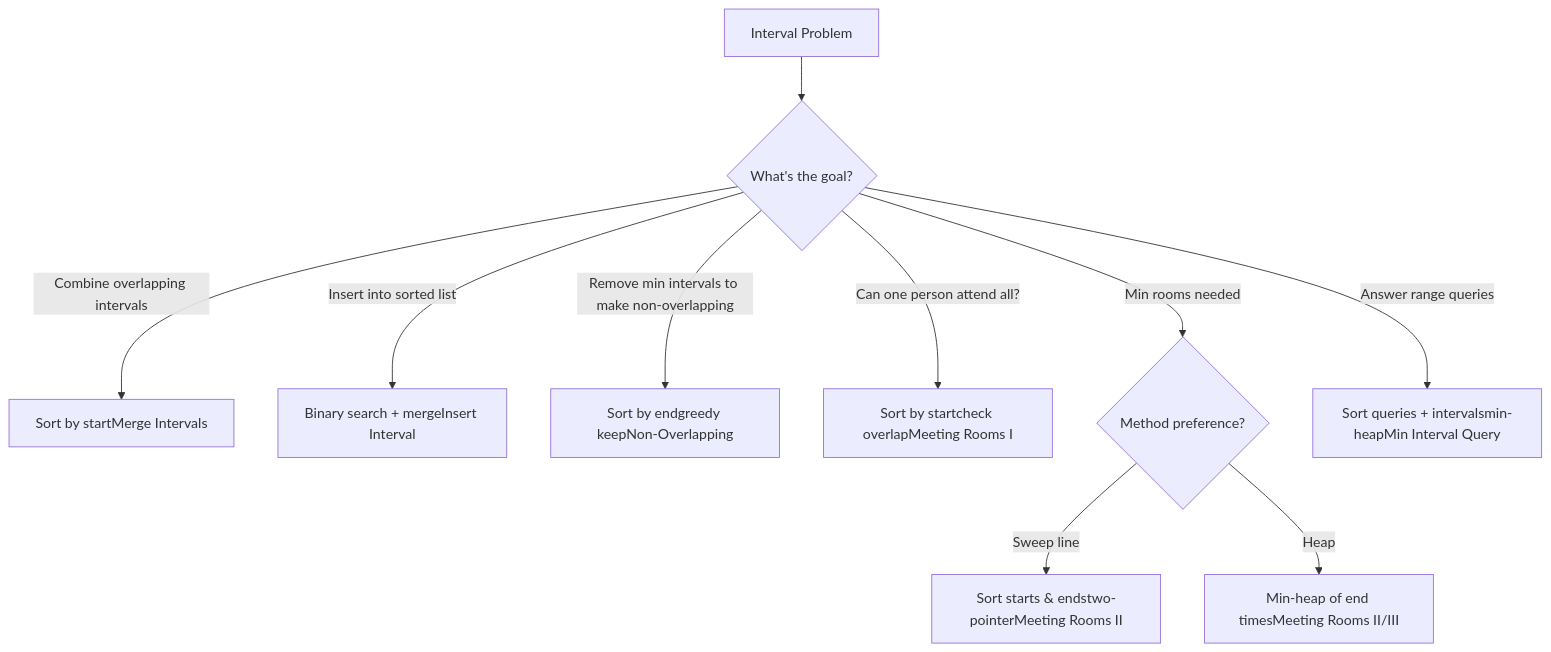
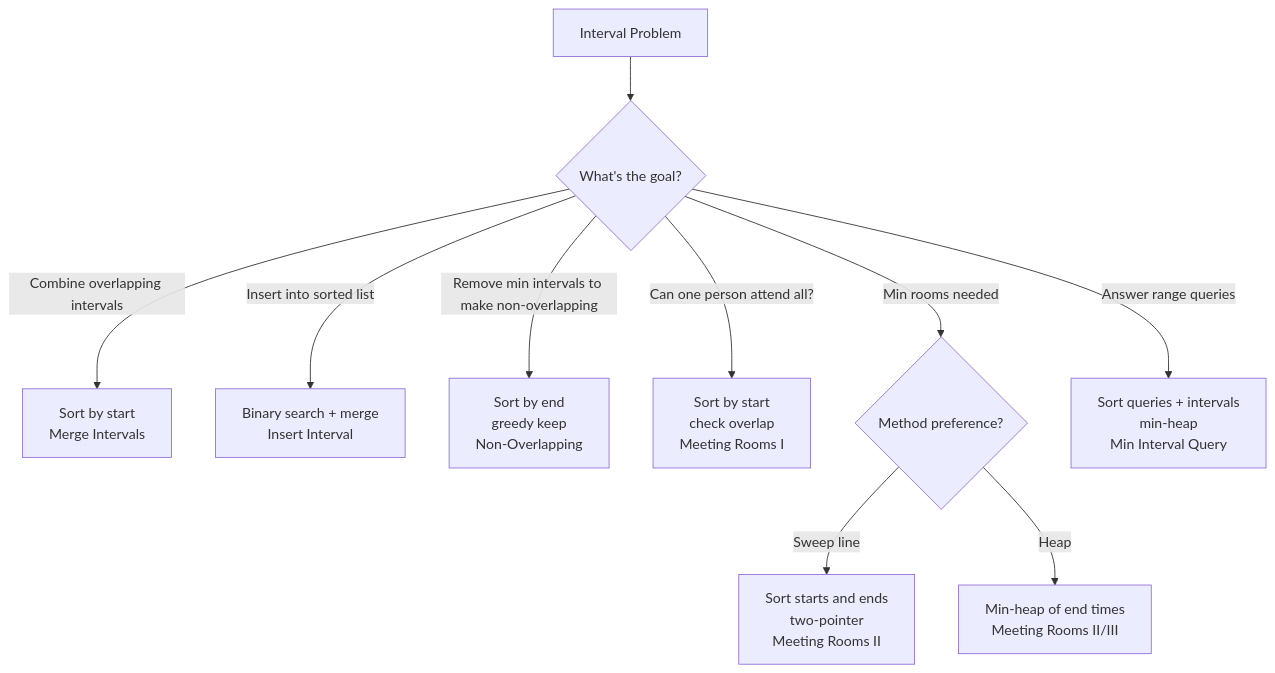
One commit to deepanshu-rawat6/AlgoAtlas changed the diagram in intervals/NOTES.md. Above: the diagram before and after it, drawn with Mermaid. The commit also changed 3 other files, not shown here.

First line of the commit message:
fix: fix mermaid v11 syntax errors across all    pattern diagrams

````diff
--- a/intervals/NOTES.md
+++ b/intervals/NOTES.md
@@ -13,12 +13,12 @@
 ```mermaid
 flowchart TD
-    A[Interval Problem] --> B{What's the goal?}
-    B -->|Combine overlapping intervals| C[Sort by startMerge Intervals]
-    B -->|Insert into sorted list| D[Binary search + mergeInsert Interval]
-    B -->|Remove min intervals to make non-overlapping| E[Sort by endgreedy keepNon-Overlapping]
-    B -->|Can one person attend all?| F[Sort by startcheck overlapMeeting Rooms I]
+    A[Interval Problem] --> B{"What's the goal?"}
+    B -->|Combine overlapping intervals| C["Sort by start<br/>Merge Intervals"]
+    B -->|Insert into sorted list| D["Binary search + merge<br/>Insert Interval"]
+    B -->|Remove min intervals to make non-overlapping| E["Sort by end<br/>greedy keep<br/>Non-Overlapping"]
+    B -->|Can one person attend all?| F["Sort by start<br/>check overlap<br/>Meeting Rooms I"]
     B -->|Min rooms needed| G{Method preference?}
-    G -->|Sweep line| H[Sort starts & endstwo-pointerMeeting Rooms II]
-    G -->|Heap| I[Min-heap of end timesMeeting Rooms II/III]
-    B -->|Answer range queries| J[Sort queries + intervalsmin-heapMin Interval Query]
+    G -->|Sweep line| H["Sort starts and ends<br/>two-pointer<br/>Meeting Rooms II"]
+    G -->|Heap| I["Min-heap of end times<br/>Meeting Rooms II/III"]
+    B -->|Answer range queries| J["Sort queries + intervals<br/>min-heap<br/>Min Interval Query"]
 ```
````
